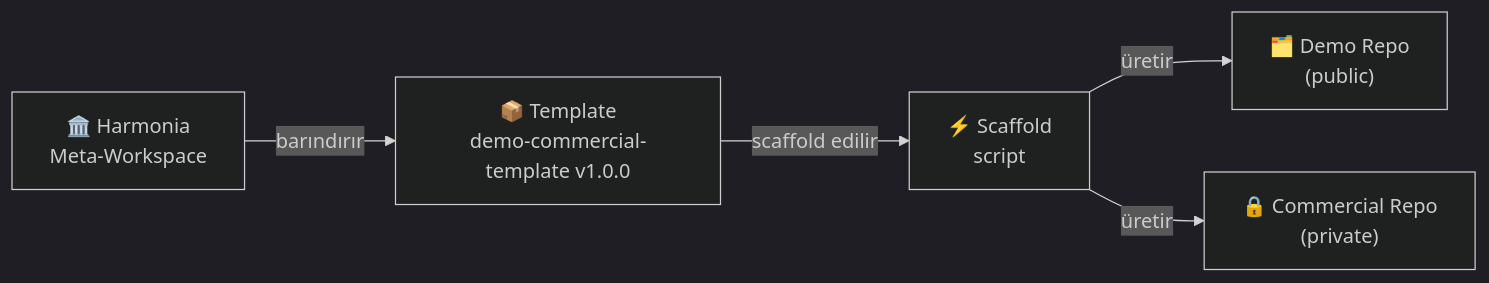
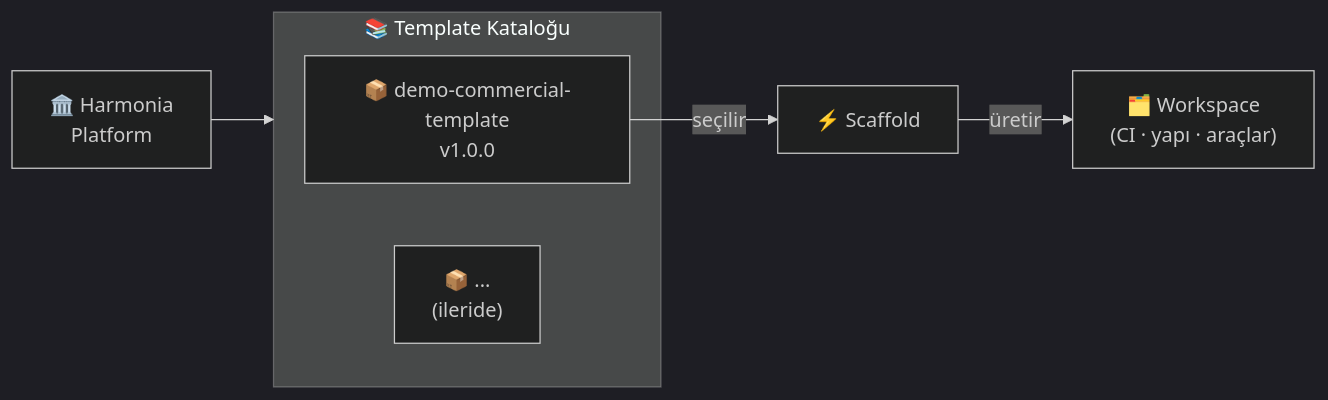
One commit to drokian/harmonia-platform changed the diagram in docs/index.md. Above: the diagram before and after it, drawn with Mermaid (dark theme). The commit also changed other lines of this file, not shown here.

First line of the commit message:
docs(harmonia): landing page platform vizyonuna gore duzeltildi

````diff
--- a/docs/index.md
+++ b/docs/index.md
@@ -11,13 +13,16 @@
 ```mermaid
 flowchart LR
-    H["🏛️ Harmonia\nMeta-Workspace"]
-    T["📦 Template\ndemo-commercial-template v1.0.0"]
-    S["⚡ Scaffold\nscript"]
-    D["🗂️ Demo Repo\n(public)"]
-    C["🔒 Commercial Repo\n(private)"]
+    H["🏛️ Harmonia\nPlatform"]
 
-    H -->|"barındırır"| T
-    T -->|"scaffold edilir"| S
-    S -->|"üretir"| D
-    S -->|"üretir"| C
+    subgraph catalog["📚 Template Kataloğu"]
+        T1["📦 demo-commercial-template\nv1.0.0"]
+        T2["📦 ...\n(ileride)"]
+    end
+
+    S["⚡ Scaffold"]
+    W["🗂️ Workspace\n(CI · yapı · araçlar)"]
+
+    H --> catalog
+    T1 -->|"seçilir"| S
+    S -->|"üretir"| W
 ```
````
